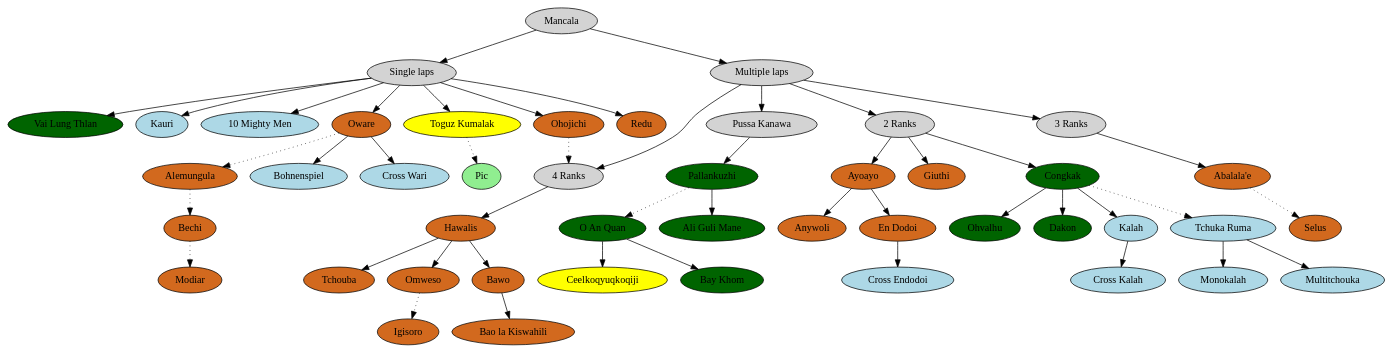
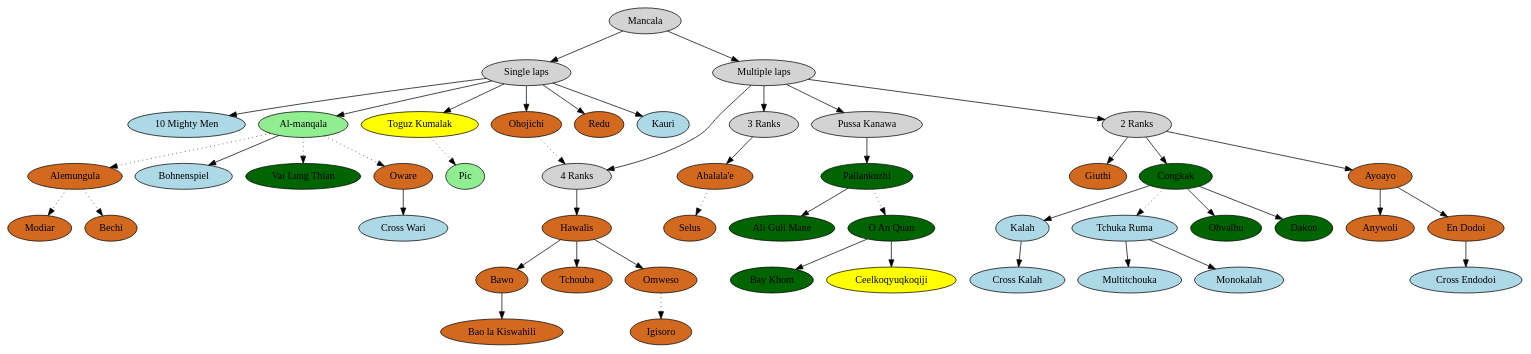
One commit to stepney141/GlukKazan.github.io changed the diagram in mancala/mancala.gv. Above: the diagram before and after it, drawn with Graphviz. The commit also changed 3 other files, not shown here.

```diff
--- a/mancala/mancala.gv
+++ b/mancala/mancala.gv
@@ -1,98 +1,101 @@
 digraph mancala {
     "Mancala"[style="filled",fillcolor="lightgray"];
     "Single laps"[style="filled",fillcolor="lightgray"];
     "Multiple laps"[style="filled",fillcolor="lightgray"];
     "2 Ranks"[style="filled",fillcolor="lightgray"];
     "3 Ranks"[style="filled",fillcolor="lightgray"];
     "4 Ranks"[style="filled",fillcolor="lightgray"];
     "Pussa Kanawa"[style="filled",fillcolor="lightgray"];
 
     "Oware"[style="filled",fillcolor="chocolate"];
     "Cross Wari"[style="filled",fillcolor="lightblue"];
     "Ohojichi"[style="filled",fillcolor="chocolate"];
     "Congkak"[style="filled",fillcolor="darkgreen"];
     "Dakon"[style="filled",fillcolor="darkgreen"];
     "Kalah"[style="filled",fillcolor="lightblue"];
     "Cross Kalah"[style="filled",fillcolor="lightblue"];
     "Tchuka Ruma"[style="filled",fillcolor="lightblue"];
     "Toguz Kumalak"[style="filled",fillcolor="yellow"];
     "Pic"[style="filled",fillcolor="lightgreen"];
     "Monokalah"[style="filled",fillcolor="lightblue"];
     "Multitchouka"[style="filled",fillcolor="lightblue"];
     "Abalala'e"[style="filled",fillcolor="chocolate"];
     "Selus"[style="filled",fillcolor="chocolate"];
     "Hawalis"[style="filled",fillcolor="chocolate"];
     "Alemungula"[style="filled",fillcolor="chocolate"];
     "Redu"[style="filled",fillcolor="chocolate"];
     "Bohnenspiel"[style="filled",fillcolor="lightblue"];
     "Vai Lung Thlan"[style="filled",fillcolor="darkgreen"];
     "Bao la Kiswahili"[style="filled",fillcolor="chocolate"];
     "Bawo"[style="filled",fillcolor="chocolate"];
     "Kauri"[style="filled",fillcolor="lightblue"];
     "10 Mighty Men"[style="filled",fillcolor="lightblue"];
     "Ayoayo"[style="filled",fillcolor="chocolate"];
     "En Dodoi"[style="filled",fillcolor="chocolate"];
     "Cross Endodoi"[style="filled",fillcolor="lightblue"];
     "Tchouba"[style="filled",fillcolor="chocolate"];
     "Omweso"[style="filled",fillcolor="chocolate"];
     "Igisoro"[style="filled",fillcolor="chocolate"];
     "Ceelkoqyuqkoqiji"[style="filled",fillcolor="yellow"];
     "O An Quan"[style="filled",fillcolor="darkgreen"];
     "Pallankuzhi"[style="filled",fillcolor="darkgreen"];
     "Bay Khom"[style="filled",fillcolor="darkgreen"];
     "Ohvalhu"[style="filled",fillcolor="darkgreen"];
     "Ali Guli Mane"[style="filled",fillcolor="darkgreen"];
     "Anywoli"[style="filled",fillcolor="chocolate"];
     "Giuthi"[style="filled",fillcolor="chocolate"];
     "Bechi"[style="filled",fillcolor="chocolate"];
     "Modiar"[style="filled",fillcolor="chocolate"];
+    "Al-manqala"[style="filled",fillcolor="lightgreen"];
 
     "Mancala" -> "Single laps";
     "Mancala" -> "Multiple laps";
     "Multiple laps" -> "2 Ranks";
     "Multiple laps" -> "3 Ranks";
     "Multiple laps" -> "4 Ranks";
     "Multiple laps" -> "Pussa Kanawa";
 
-    "Single laps" -> "Oware";
     "Single laps" -> "Ohojichi";
     "Single laps" -> "Redu";
-    "Single laps" -> "Vai Lung Thlan";
     "Single laps" -> "Kauri";
     "Single laps" -> "10 Mighty Men";
     "Single laps" -> "Toguz Kumalak";
+    "Single laps" -> "Al-manqala";
+
     "Ohojichi" -> "4 Ranks"[style=dotted];
     "2 Ranks" -> "Congkak";
     "2 Ranks" -> "Ayoayo";
     "2 Ranks" -> "Giuthi";
     "3 Ranks" -> "Abalala'e";
     "4 Ranks" -> "Hawalis";
     "Pussa Kanawa" -> "Pallankuzhi";
 
     "Oware" -> "Cross Wari";
-    "Oware" -> "Alemungula"[style=dotted];
     "Alemungula" -> "Bechi"[style=dotted];
-    "Bechi" -> "Modiar"[style=dotted];
-    "Oware" -> "Bohnenspiel";
+    "Alemungula" -> "Modiar"[style=dotted];
     "Congkak" -> "Tchuka Ruma"[style=dotted];
     "Congkak" -> "Dakon";
     "Congkak" -> "Kalah";
     "Congkak" -> "Ohvalhu";
     "Kalah" -> "Cross Kalah";
     "Tchuka Ruma"-> "Monokalah";
     "Tchuka Ruma"-> "Multitchouka";
     "Toguz Kumalak"-> "Pic"[style=dotted];
     "Abalala'e" -> "Selus"[style=dotted];
     "Bawo" -> "Bao la Kiswahili";
     "Ayoayo" -> "En Dodoi";
     "Ayoayo" -> "Anywoli";
     "En Dodoi" -> "Cross Endodoi";
     "Hawalis" -> "Bawo";
     "Hawalis" -> "Tchouba";
     "Hawalis" -> "Omweso";
     "Omweso" -> "Igisoro"[style=dotted];
     "Pallankuzhi" -> "O An Quan"[style=dotted];
     "Pallankuzhi" -> "Ali Guli Mane";
     "O An Quan" -> "Ceelkoqyuqkoqiji";
     "O An Quan" -> "Bay Khom";
+    "Al-manqala" -> "Oware"[style=dotted];
+    "Al-manqala" -> "Bohnenspiel";
+    "Al-manqala" -> "Alemungula"[style=dotted];
+    "Al-manqala" -> "Vai Lung Thlan"[style=dotted];
 }
```
